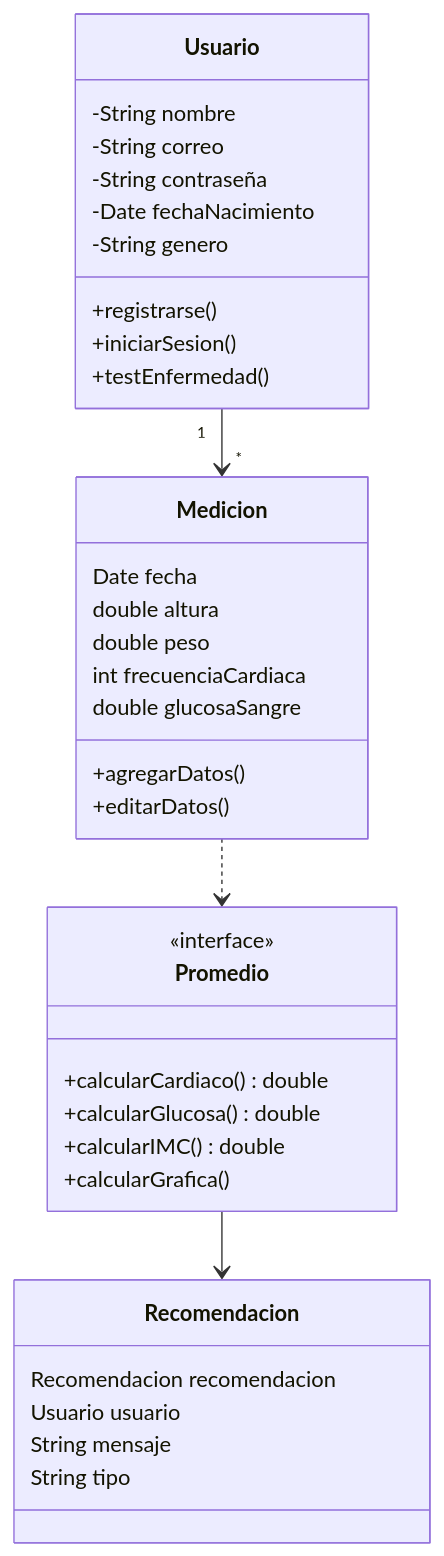
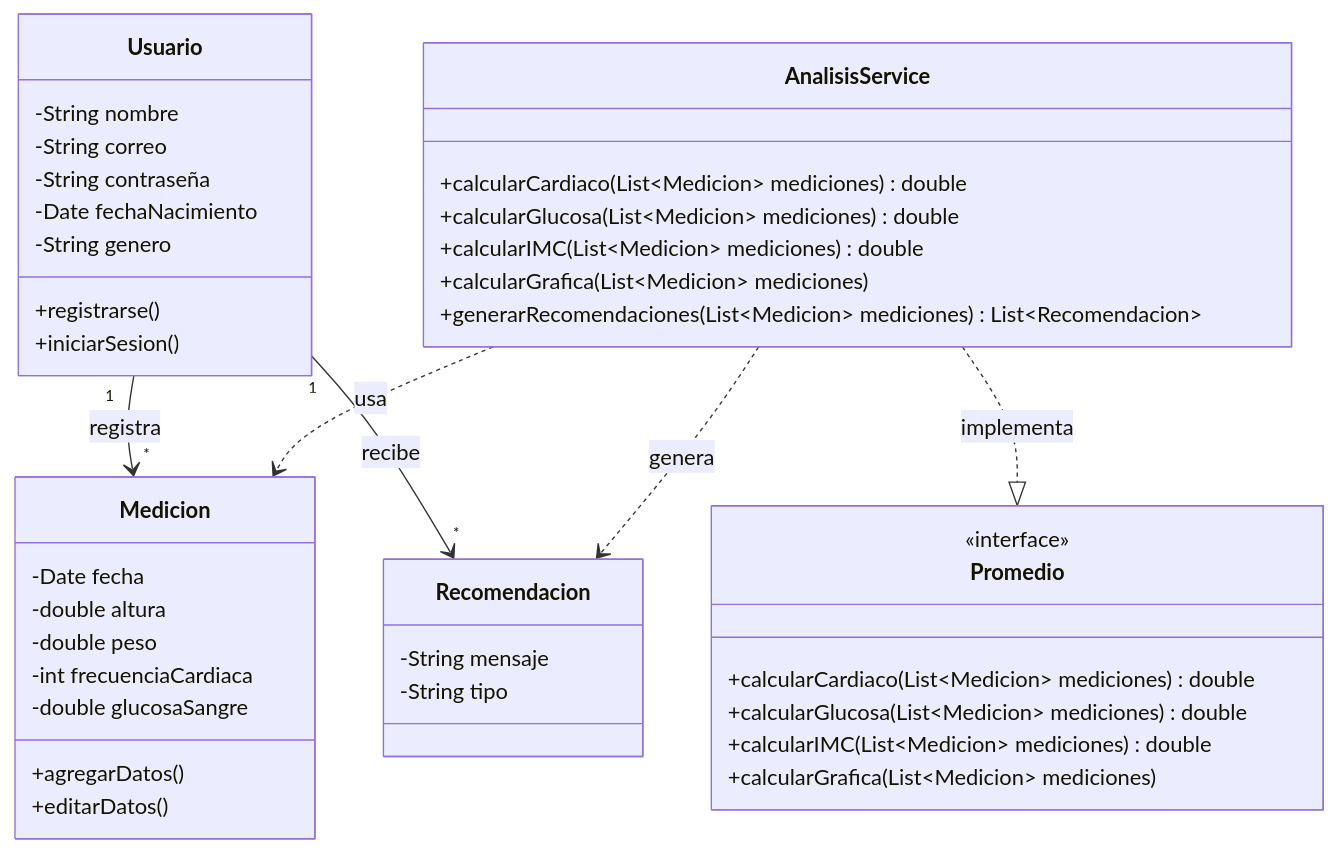
The diagram in Docs/UML.md (vcssoff/Proyecto), drawn with Mermaid before and after one commit. The commit also changed other lines of this file, not shown here.

Commit message:
Revise UML diagram and use case details
Updated UML class diagram and use case descriptions.

````diff
--- a/Docs/UML.md
+++ b/Docs/UML.md
@@ -5,42 +3,49 @@
 ```mermaid
 classDiagram
     class Usuario {
         -String nombre
         -String correo
         -String contraseña
         -Date fechaNacimiento
         -String genero
         +registrarse()
         +iniciarSesion()
-        +testEnfermedad()
     }
 
     class Medicion {
-        Date fecha
-        double altura
-        double peso
-        int frecuenciaCardiaca
-        double glucosaSangre
+        -Date fecha
+        -double altura
+        -double peso
+        -int frecuenciaCardiaca
+        -double glucosaSangre
         +agregarDatos()
         +editarDatos()
     }
 
+    class Recomendacion {
+        -String mensaje
+        -String tipo
+    }
+
     class Promedio {
         <<interface>>
-        +calcularCardiaco() double
-        +calcularGlucosa() double
-        +calcularIMC() double
-        +calcularGrafica()
+        +calcularCardiaco(List~Medicion~ mediciones) double
+        +calcularGlucosa(List~Medicion~ mediciones) double
+        +calcularIMC(List~Medicion~ mediciones) double
+        +calcularGrafica(List~Medicion~ mediciones)
     }
 
-    class Recomendacion {
-        Recomendacion recomendacion
-        Usuario usuario
-        String mensaje
-        String tipo
+    class AnalisisService {
+        +calcularCardiaco(List~Medicion~ mediciones) double
+        +calcularGlucosa(List~Medicion~ mediciones) double
+        +calcularIMC(List~Medicion~ mediciones) double
+        +calcularGrafica(List~Medicion~ mediciones)
+        +generarRecomendaciones(List~Medicion~ mediciones) List~Recomendacion~
     }
 
-    Usuario "1" --> "*" Medicion
-    Medicion ..> Promedio
-    Promedio --> Recomendacion
+    Usuario "1" --> "*" Medicion : registra
+    Usuario "1" --> "*" Recomendacion : recibe
+    AnalisisService ..|> Promedio : implementa
+    AnalisisService ..> Medicion : usa
+    AnalisisService ..> Recomendacion : genera
 ```
````
